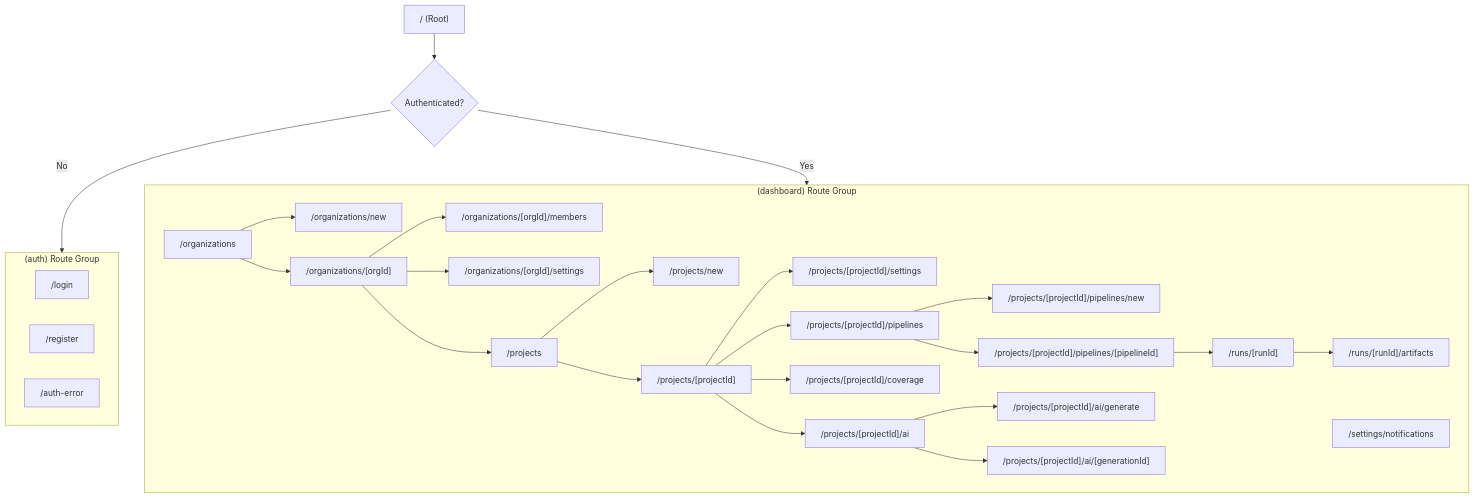
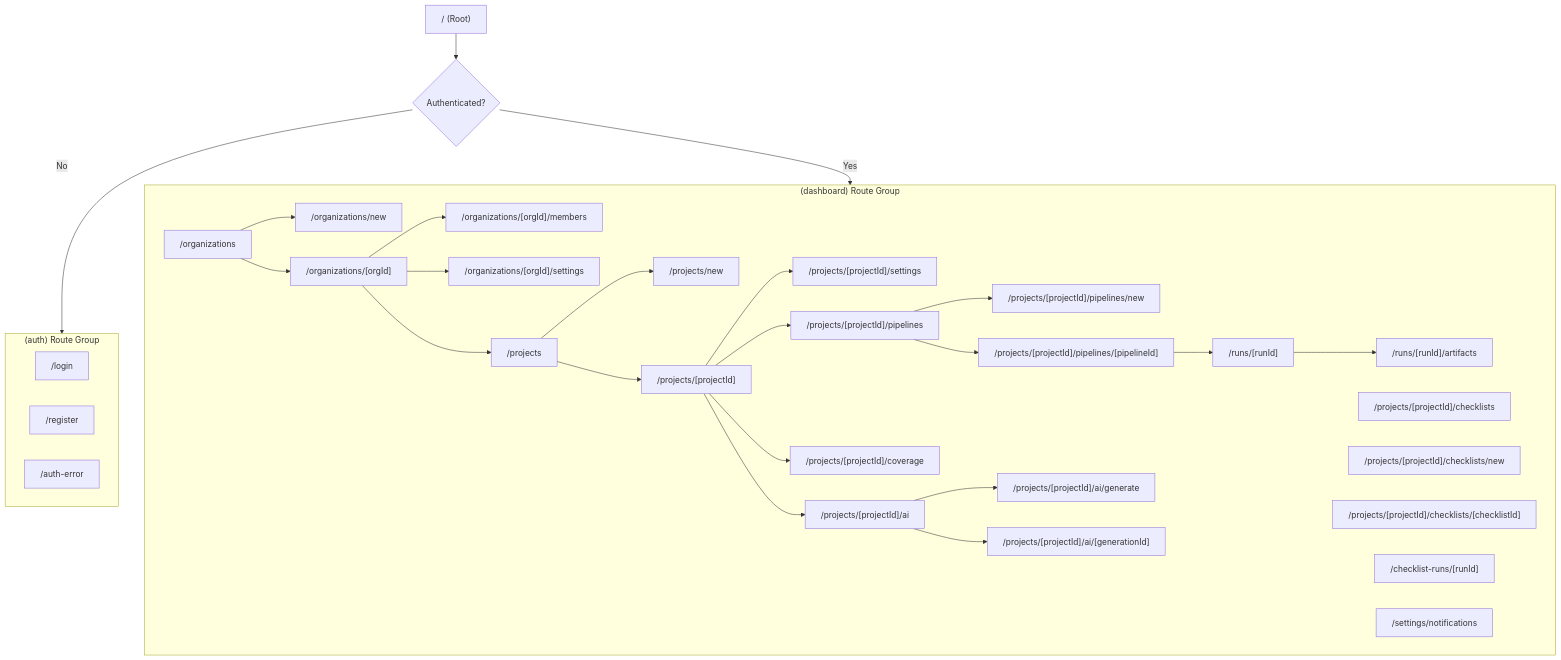
The first of 4 diagrams in docs/en/dashboard.md (micode-ai/testing-ai-assistant), drawn with Mermaid before and after one commit. The commit also changed 7 other files, not shown here.

````diff
--- a/docs/en/dashboard.md
+++ b/docs/en/dashboard.md
@@ -69,63 +69,68 @@
 ```mermaid
 flowchart TD
     Root["/ (Root)"]
     Root --> AuthCheck{"Authenticated?"}
 
     AuthCheck -- "No" --> AuthGroup
     AuthCheck -- "Yes" --> DashGroup
 
     subgraph AuthGroup["(auth) Route Group"]
         Login["/login"]
         Register["/register"]
         AuthError["/auth-error"]
     end
 
     subgraph DashGroup["(dashboard) Route Group"]
         OrgList["/organizations"]
         OrgNew["/organizations/new"]
         OrgDetail["/organizations/[orgId]"]
         OrgMembers["/organizations/[orgId]/members"]
         OrgSettings["/organizations/[orgId]/settings"]
 
         ProjectList["/projects"]
         ProjectNew["/projects/new"]
         ProjectDetail["/projects/[projectId]"]
         ProjectSettings["/projects/[projectId]/settings"]
 
         Pipelines["/projects/[projectId]/pipelines"]
         PipelineNew["/projects/[projectId]/pipelines/new"]
         PipelineDetail["/projects/[projectId]/pipelines/[pipelineId]"]
 
         Coverage["/projects/[projectId]/coverage"]
 
+        ChecklistList["/projects/[projectId]/checklists"]
+        ChecklistNew["/projects/[projectId]/checklists/new"]
+        ChecklistDetail["/projects/[projectId]/checklists/[checklistId]"]
+        ChecklistRunDetail["/checklist-runs/[runId]"]
+
         AIList["/projects/[projectId]/ai"]
         AIGenerate["/projects/[projectId]/ai/generate"]
         AIDetail["/projects/[projectId]/ai/[generationId]"]
 
         RunDetail["/runs/[runId]"]
         RunArtifacts["/runs/[runId]/artifacts"]
 
         NotifySettings["/settings/notifications"]
     end
 
     OrgList --> OrgNew
     OrgList --> OrgDetail
     OrgDetail --> OrgMembers
     OrgDetail --> OrgSettings
 
     OrgDetail --> ProjectList
     ProjectList --> ProjectNew
     ProjectList --> ProjectDetail
     ProjectDetail --> ProjectSettings
     ProjectDetail --> Pipelines
     ProjectDetail --> Coverage
     ProjectDetail --> AIList
 
     Pipelines --> PipelineNew
     Pipelines --> PipelineDetail
     PipelineDetail --> RunDetail
     RunDetail --> RunArtifacts
 
     AIList --> AIGenerate
     AIList --> AIDetail
 ```
````
